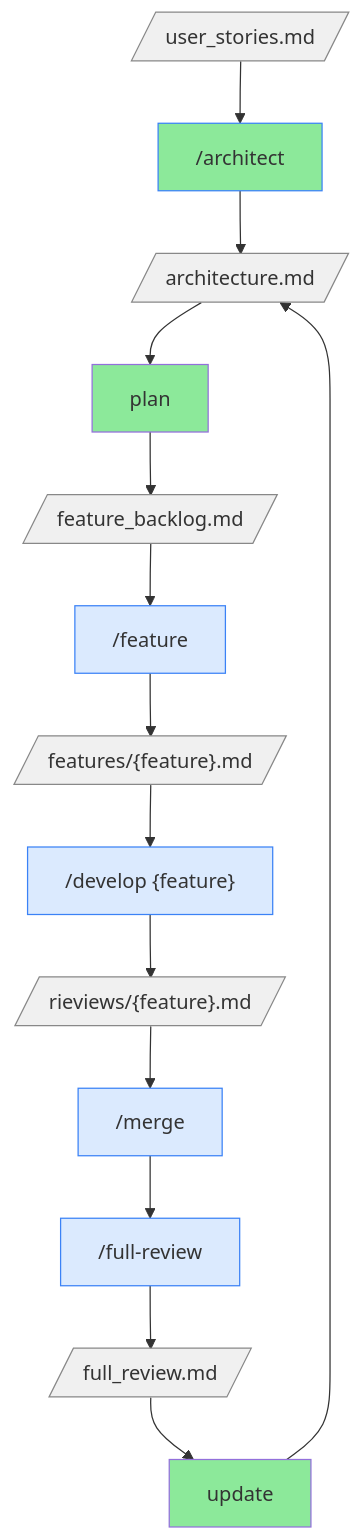
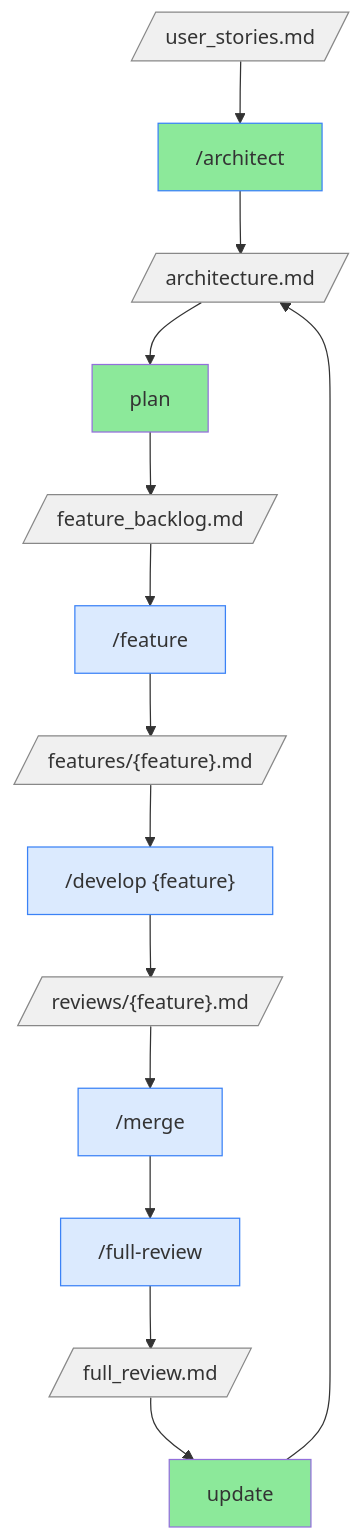
The first of 2 diagrams in README.md (sjev/robodev), drawn with Mermaid before and after one commit. The commit also changed 6 other files, not shown here.

````diff
--- a/README.md
+++ b/README.md
@@ -9,37 +9,37 @@
 ```mermaid
 flowchart TB
 
     %% ==== DOCUMENTS ====
     US[/"user_stories.md"/]
     ARCH_DOC[/"architecture.md"/]
     BACKLOG[/"feature_backlog.md"/]
     FEAT_DOC[/"features/{feature}.md"/]
-    FEAT_REV[/"rieviews/{feature}.md"/]
+    FEAT_REV[/"reviews/{feature}.md"/]
     FULL_REV[/"full_review.md"/]
 
     %% ==== ACTIONS ====
     ARCH["/architect"]
     PLAN["plan"]
     FEAT["/feature"]
     DEV["/develop {feature}"]
     MERGE["/merge"]
     FULL["/full-review"]
     UPDATE_ARCH["update"]
 
     %% ==== FLOW (TRANSFORMATIONS) ====
     US --> ARCH --> ARCH_DOC
     ARCH_DOC --> PLAN --> BACKLOG
     BACKLOG --> FEAT --> FEAT_DOC
     FEAT_DOC --> DEV --> FEAT_REV
     FEAT_REV --> MERGE --> FULL
     FULL --> FULL_REV -->UPDATE_ARCH--> ARCH_DOC
 
     %% ==== STYLING ====
     classDef doc fill:#f0f0f0,stroke:#888
     classDef cmd fill:#dbeafe,stroke:#3b82f6
     classDef manual fill:#8ce99a
 
     class US,ARCH_DOC,BACKLOG,FEAT_DOC,FEAT_REV,FULL_REV doc
     class ARCH,FEAT,DEV,REVIEW,FULL,MERGE cmd
     class ARCH,PLAN,UPDATE_ARCH manual
 ```
````
